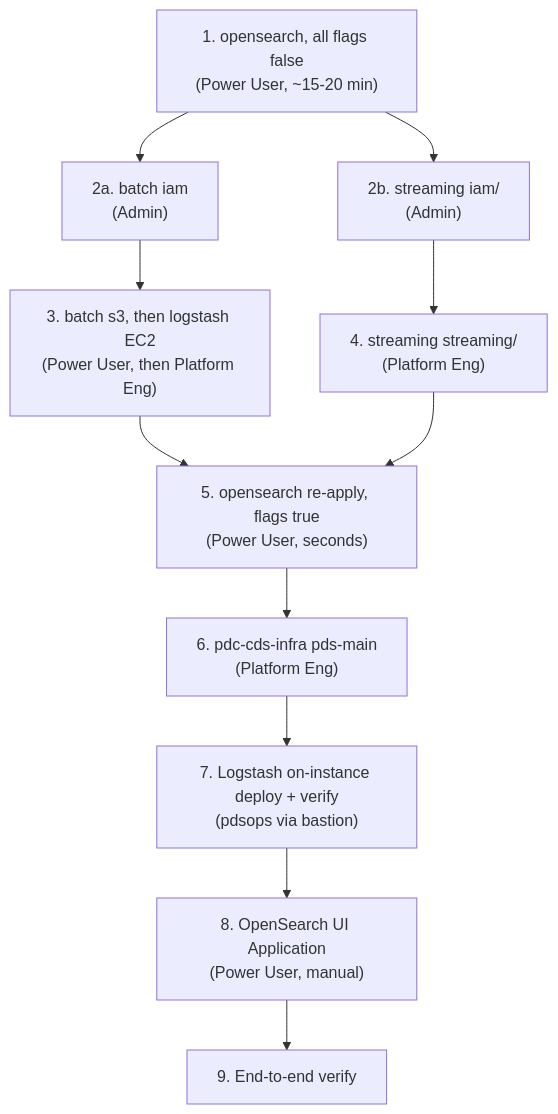
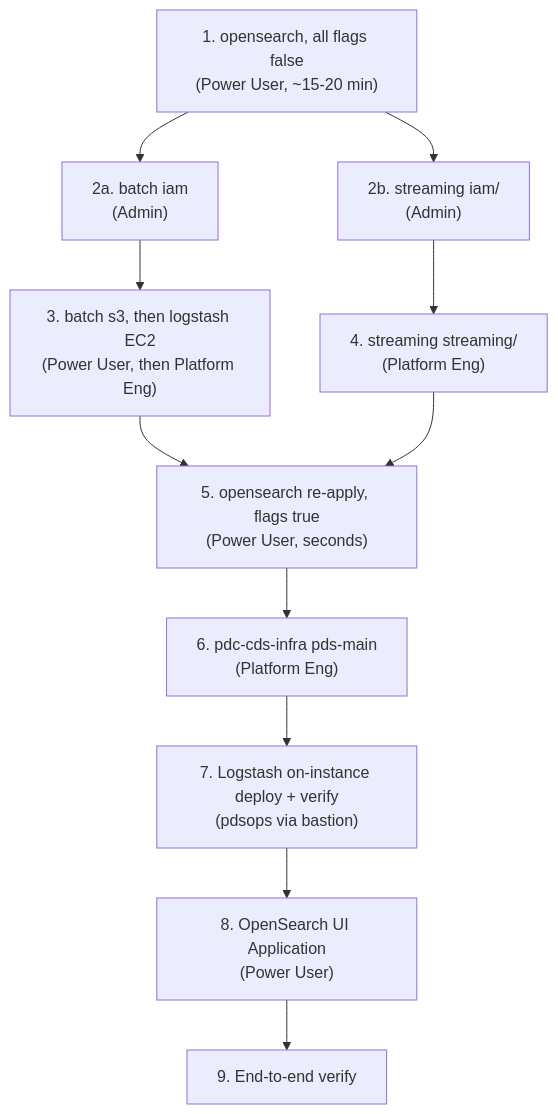
The second of 2 diagrams in terraform/README.md (NASA-PDS/o11y-platform), drawn with Mermaid before and after one commit. The commit also changed other lines of this file and 10 other files, not shown here.

First line of the commit message:
Add opensearch-ui module and document deploying the OpenSearch UI application

````diff
--- a/terraform/README.md
+++ b/terraform/README.md
@@ -123,23 +123,23 @@
 ```mermaid
 flowchart TD
     P1["1. opensearch, all flags false\n(Power User, ~15-20 min)"]
     P2a["2a. batch iam\n(Admin)"]
     P2b["2b. streaming iam/\n(Admin)"]
     P3["3. batch s3, then logstash EC2\n(Power User, then Platform Eng)"]
     P4["4. streaming streaming/\n(Platform Eng)"]
     P5["5. opensearch re-apply, flags true\n(Power User, seconds)"]
     P6["6. pdc-cds-infra pds-main\n(Platform Eng)"]
     P7["7. Logstash on-instance deploy + verify\n(pdsops via bastion)"]
-    P8["8. OpenSearch UI Application\n(Power User, manual)"]
+    P8["8. OpenSearch UI Application\n(Power User)"]
     P9["9. End-to-end verify"]
 
     P1 --> P2a & P2b
     P2a --> P3
     P2b --> P4
     P3 --> P5
     P4 --> P5
     P5 --> P6
     P6 --> P7
     P7 --> P8
     P8 --> P9
 ```
````
